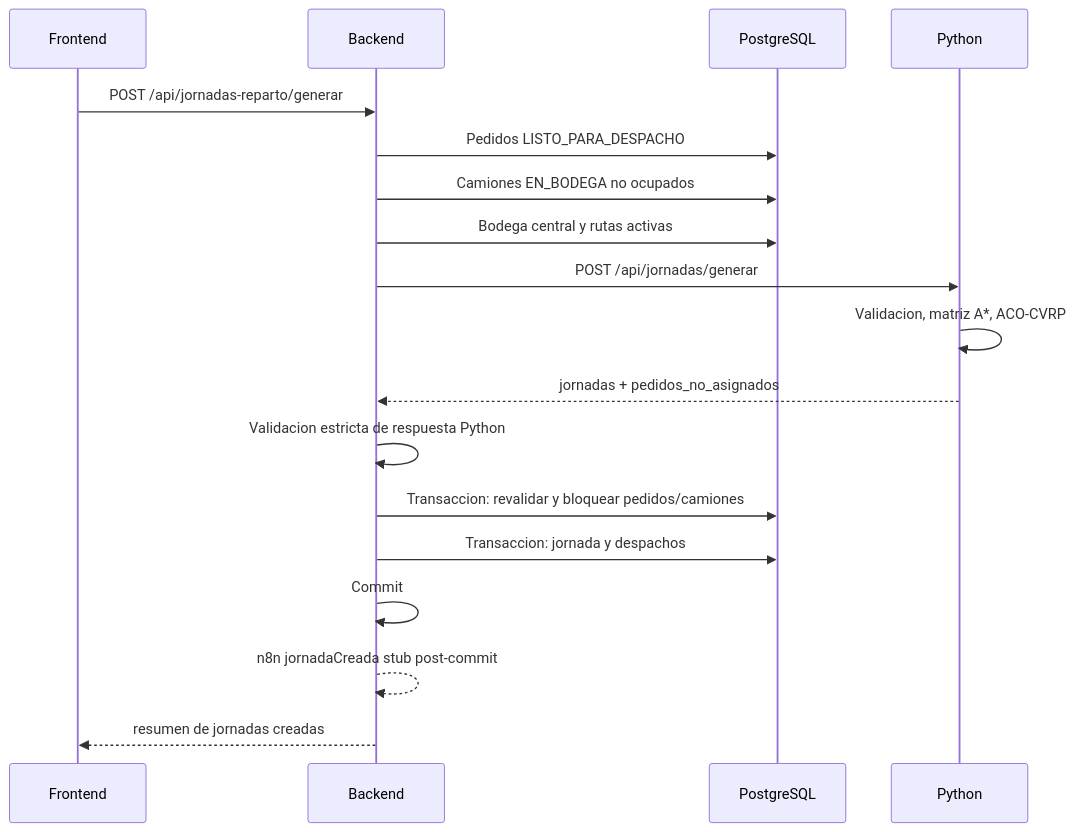
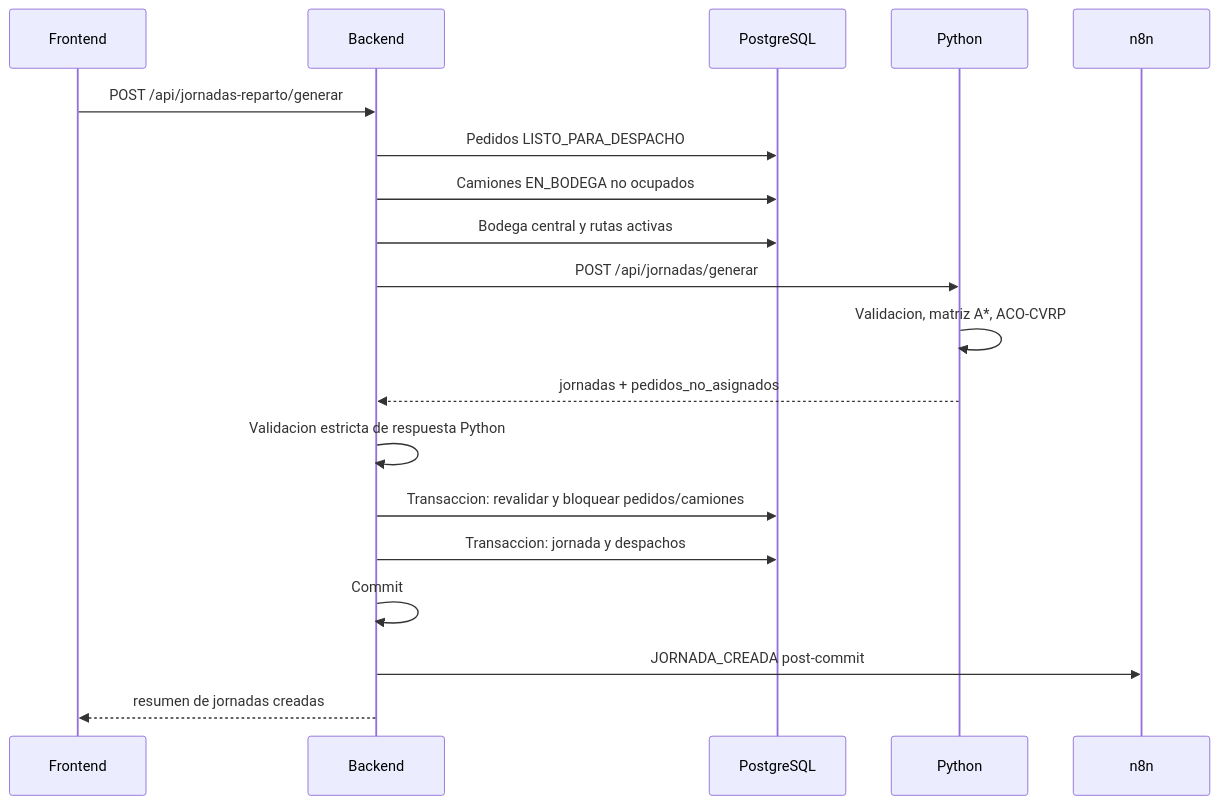
The second of 3 diagrams in docs/07-flujos-contratos-e-integraciones.md (gabriel23mz/techsupply-scm), drawn with Mermaid before and after one commit. The commit also changed other lines of this file and 19 other files, not shown here.

````diff
--- a/docs/07-flujos-contratos-e-integraciones.md
+++ b/docs/07-flujos-contratos-e-integraciones.md
@@ -19,21 +19,22 @@
 ```mermaid
 sequenceDiagram
   participant FE as Frontend
   participant BE as Backend
   participant DB as PostgreSQL
   participant PY as Python
+  participant N8N as n8n
 
   FE->>BE: POST /api/jornadas-reparto/generar
   BE->>DB: Pedidos LISTO_PARA_DESPACHO
   BE->>DB: Camiones EN_BODEGA no ocupados
   BE->>DB: Bodega central y rutas activas
   BE->>PY: POST /api/jornadas/generar
   PY->>PY: Validacion, matriz A*, ACO-CVRP
   PY-->>BE: jornadas + pedidos_no_asignados
   BE->>BE: Validacion estricta de respuesta Python
   BE->>DB: Transaccion: revalidar y bloquear pedidos/camiones
   BE->>DB: Transaccion: jornada y despachos
   BE->>BE: Commit
-  BE-->>BE: n8n jornadaCreada stub post-commit
+  BE->>N8N: JORNADA_CREADA post-commit
   BE-->>FE: resumen de jornadas creadas
 ```
````
